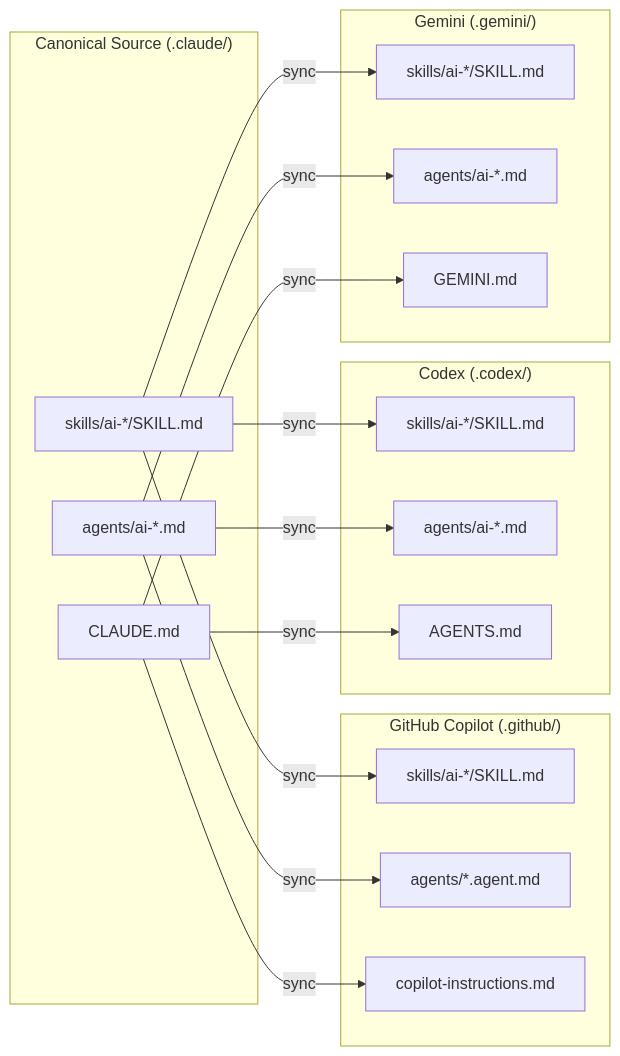
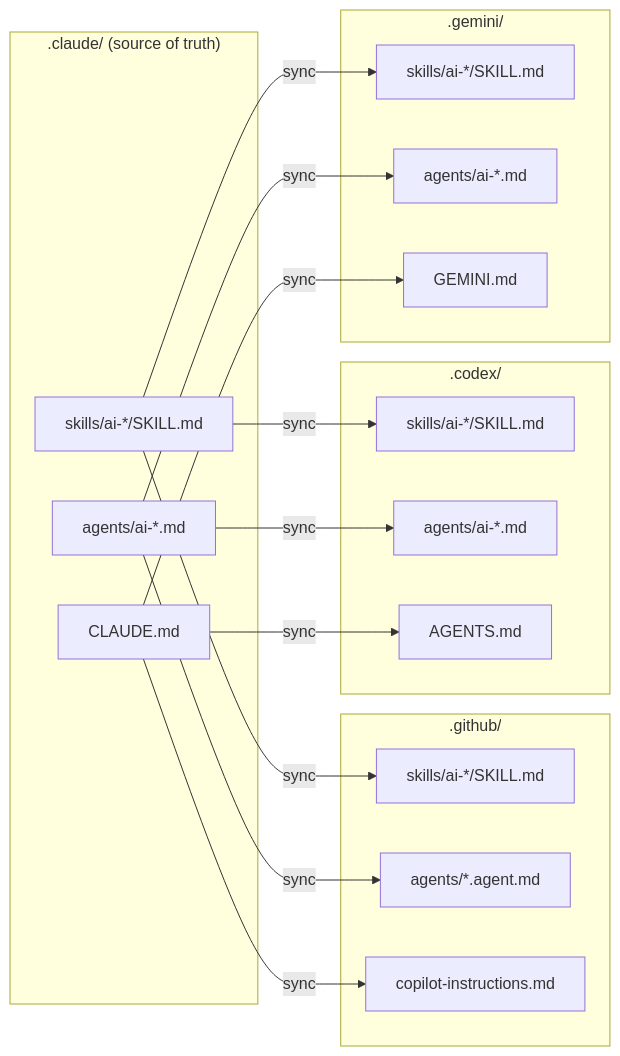
The fifth of 10 diagrams in docs/solution-intent.md (arcasilesgroup/ai-engineering), drawn with Mermaid before and after one commit. The commit also changed other lines of this file and 32 other files, not shown here.

First line of the commit message:
chore: normalize labels, configure GitHub Projects v2, add label-sync (#306)

````diff
--- a/docs/solution-intent.md
+++ b/docs/solution-intent.md
@@ -219,36 +304,36 @@
 ```mermaid
 graph LR
-    subgraph Canonical["Canonical Source (.claude/)"]
+    subgraph Canonical[".claude/ (source of truth)"]
         CS["skills/ai-*/SKILL.md"]
         CA["agents/ai-*.md"]
         CI["CLAUDE.md"]
     end
 
-    subgraph GitHub["GitHub Copilot (.github/)"]
+    subgraph GitHub[".github/"]
         GS["skills/ai-*/SKILL.md"]
         GA["agents/*.agent.md"]
         GI["copilot-instructions.md"]
     end
 
-    subgraph Codex["Codex (.codex/)"]
+    subgraph Codex[".codex/"]
         XS["skills/ai-*/SKILL.md"]
         XA["agents/ai-*.md"]
         XI["AGENTS.md"]
     end
 
-    subgraph Gemini["Gemini (.gemini/)"]
+    subgraph Gemini[".gemini/"]
         MS["skills/ai-*/SKILL.md"]
         MA["agents/ai-*.md"]
         MI["GEMINI.md"]
     end
 
     CS -->|sync| GS
     CS -->|sync| XS
     CS -->|sync| MS
     CA -->|sync| GA
     CA -->|sync| XA
     CA -->|sync| MA
     CI -->|sync| GI
     CI -->|sync| XI
     CI -->|sync| MI
 ```
````
